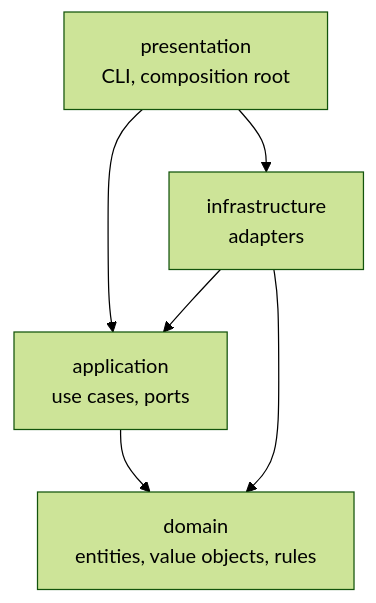
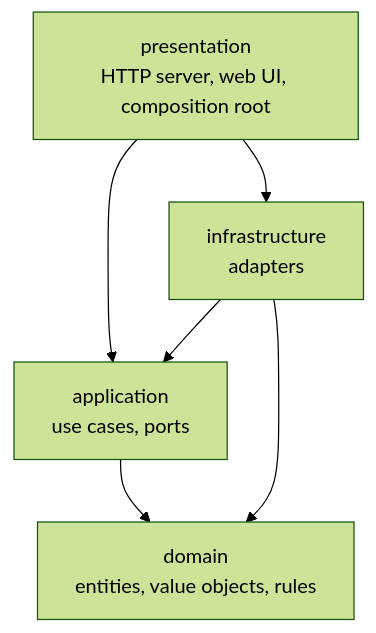
One commit to blacklight0101/Rosetta changed the second of 4 diagrams in docs/architecture.md. Above: the diagram before and after it, drawn with Mermaid (forest theme). The commit also changed other lines of this file and 23 other files, not shown here.

````diff
--- a/docs/architecture.md
+++ b/docs/architecture.md
@@ -69,8 +77,8 @@
 ```mermaid
 flowchart TB
-  P[presentation<br/>CLI, composition root] --> A
+  P[presentation<br/>HTTP server, web UI, composition root] --> A
   P --> I
   I[infrastructure<br/>adapters] --> A
   I --> D
   A[application<br/>use cases, ports] --> D[domain<br/>entities, value objects, rules]
 ```
````
